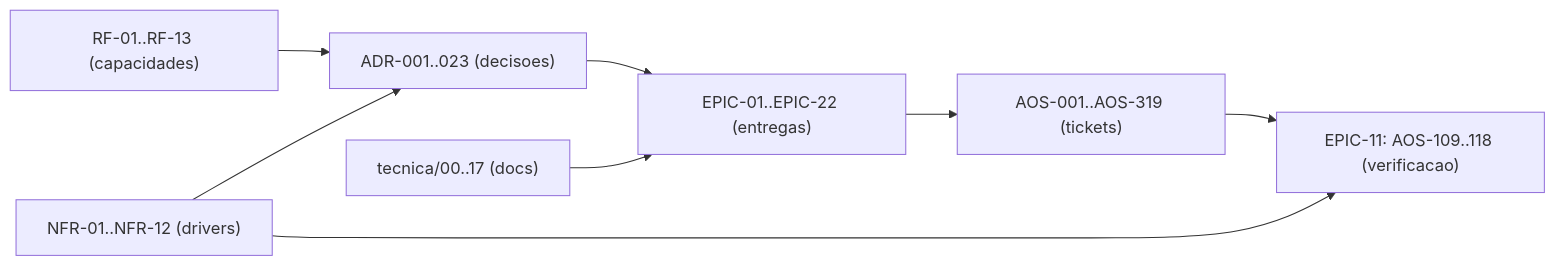
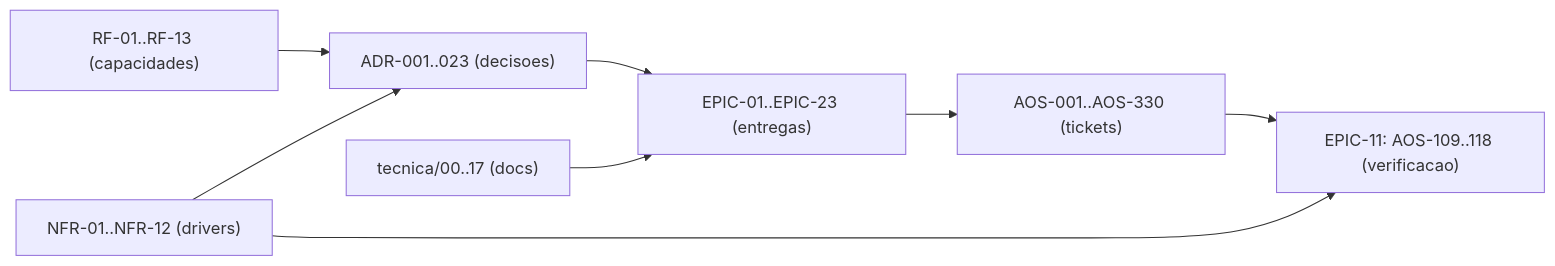
Before and after one commit to albinoJimy/aos: the diagram in tecnica/16_Rastreabilidade_RTM.md, drawn with Mermaid. The commit also changed other lines of this file, not shown here.

````diff
--- a/tecnica/16_Rastreabilidade_RTM.md
+++ b/tecnica/16_Rastreabilidade_RTM.md
@@ -180,10 +180,10 @@
 ```mermaid
 flowchart LR
     RF["RF-01..RF-13 (capacidades)"] --> ADR["ADR-001..023 (decisoes)"]
     NFR["NFR-01..NFR-12 (drivers)"] --> ADR
-    ADR --> EPIC["EPIC-01..EPIC-22 (entregas)"]
-    EPIC --> TICK["AOS-001..AOS-319 (tickets)"]
+    ADR --> EPIC["EPIC-01..EPIC-23 (entregas)"]
+    EPIC --> TICK["AOS-001..AOS-330 (tickets)"]
     DOC["tecnica/00..17 (docs)"] --> EPIC
     TICK --> TEST["EPIC-11: AOS-109..118 (verificacao)"]
     NFR --> TEST
 ```
````
